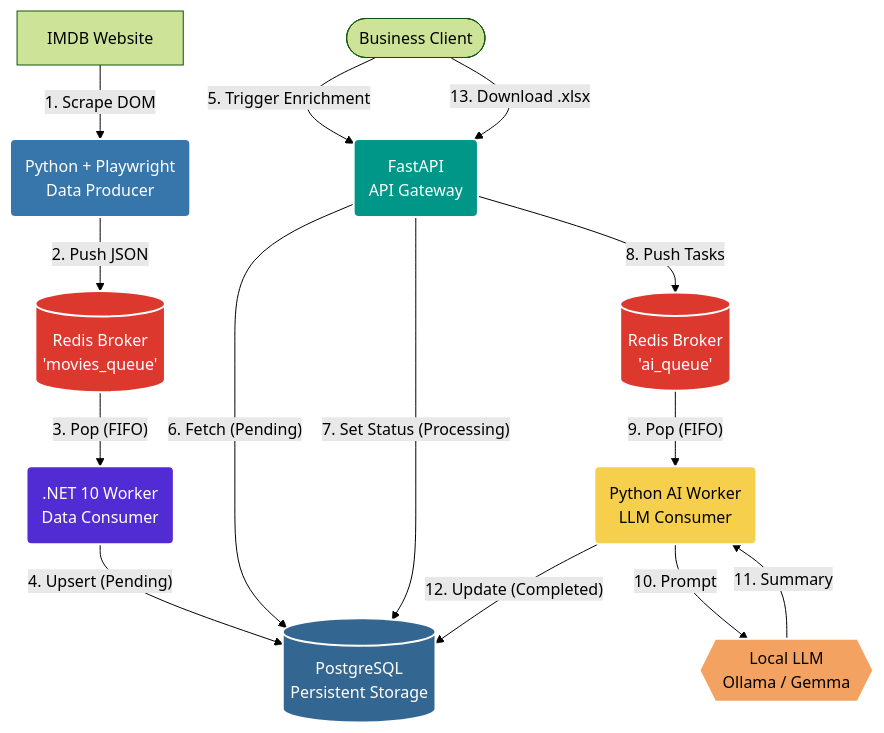
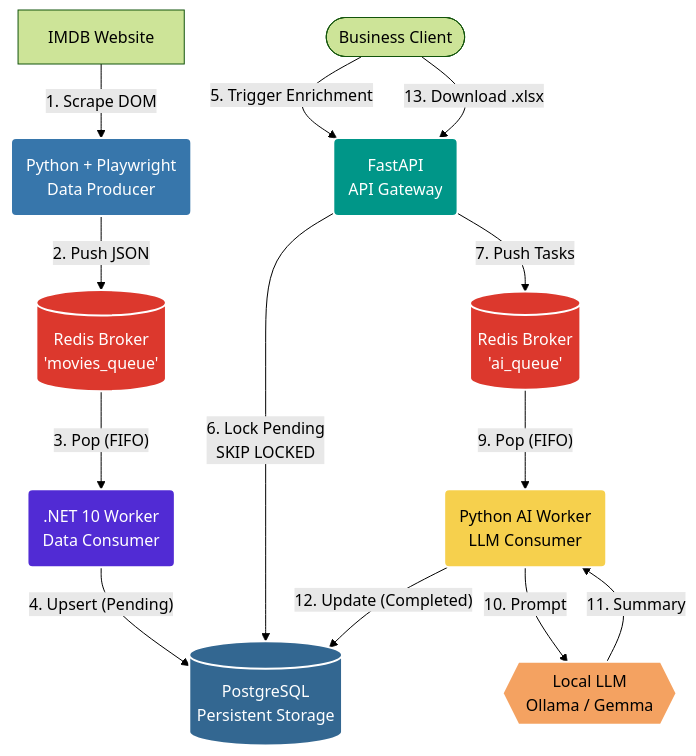
The diagram in README.md (Legon2k/imdb-ai-pipeline), drawn with Mermaid (forest theme) before and after one commit. The commit also changed other lines of this file and 6 other files, not shown here.

````diff
--- a/README.md
+++ b/README.md
@@ -9,41 +9,40 @@
 ```mermaid
 graph TD
     %% Define Nodes
     Client([Business Client])
     IMDB[IMDB Website]
     Scraper(Python + Playwright<br/>Data Producer)
     RedisMovies[(Redis Broker<br/>'movies_queue')]
     WorkerNET(.NET 10 Worker<br/>Data Consumer)
     DB[(PostgreSQL<br/>Persistent Storage)]
     API(FastAPI<br/>API Gateway)
     RedisAI[(Redis Broker<br/>'ai_queue')]
     WorkerAI(Python AI Worker<br/>LLM Consumer)
     LLM{{Local LLM<br/>Ollama / Gemma}}
 
     %% Define Flow
     IMDB -- 1. Scrape DOM --> Scraper
     Scraper -- 2. Push JSON --> RedisMovies
     RedisMovies -- 3. Pop (FIFO) --> WorkerNET
     WorkerNET -- 4. Upsert (Pending) --> DB
     
     Client -- 5. Trigger Enrichment --> API
-    API -- 6. Fetch (Pending) --> DB
-    API -- 7. Set Status (Processing) --> DB
-    API -- 8. Push Tasks --> RedisAI
+    API -- 6. Lock Pending<br/>SKIP LOCKED --> DB
+    API -- 7. Push Tasks --> RedisAI
     RedisAI -- 9. Pop (FIFO) --> WorkerAI
     WorkerAI -- 10. Prompt --> LLM
     LLM -- 11. Summary --> WorkerAI
     WorkerAI -- 12. Update (Completed) --> DB
     
     Client -- 13. Download .xlsx --> API
 
     %% Styling
     style Scraper fill:#3776ab,stroke:#fff,stroke-width:2px,color:#fff
     style RedisMovies fill:#dc382d,stroke:#fff,stroke-width:2px,color:#fff
     style RedisAI fill:#dc382d,stroke:#fff,stroke-width:2px,color:#fff
     style WorkerNET fill:#512bd4,stroke:#fff,stroke-width:2px,color:#fff
     style DB fill:#336791,stroke:#fff,stroke-width:2px,color:#fff
     style API fill:#009688,stroke:#fff,stroke-width:2px,color:#fff
     style WorkerAI fill:#f6d04d,stroke:#fff,stroke-width:2px,color:#000
     style LLM fill:#f4a261,stroke:#fff,stroke-width:2px,color:#000
 ```
````
